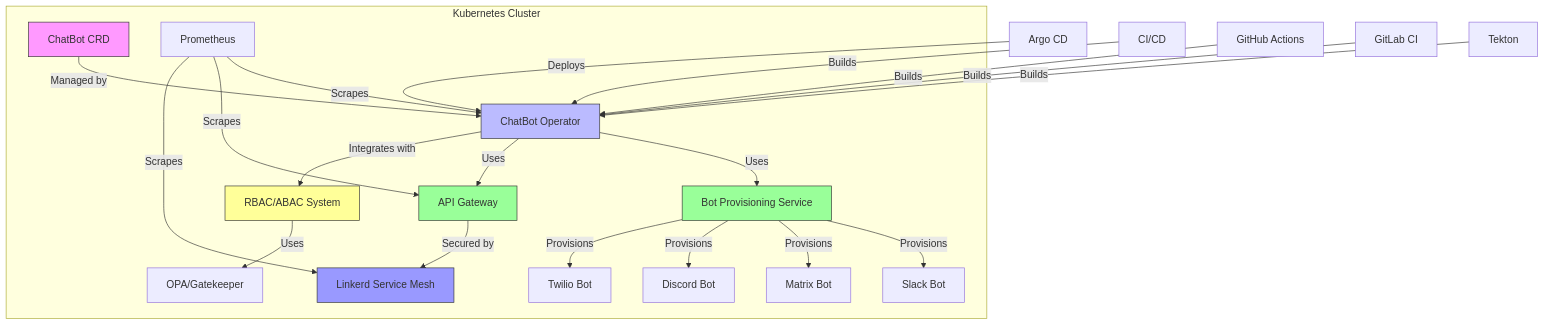
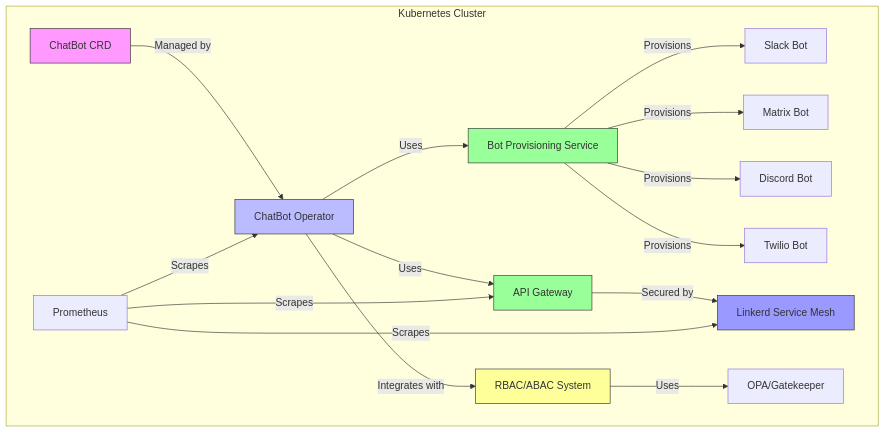
The second of 15 diagrams in docs/diagrams.md (FruityWelsh/bot-maker), drawn with Mermaid before and after one commit. The commit also changed other lines of this file, not shown here.

First line of the commit message:
Remove CI/CD system references from system context diagram

````diff
--- a/docs/diagrams.md
+++ b/docs/diagrams.md
@@ -79,34 +75,30 @@
 ```mermaid
 graph TD
     subgraph Kubernetes Cluster
         A[ChatBot CRD] -->|Managed by| B[ChatBot Operator]
         B -->|Uses| C[Bot Provisioning Service]
         B -->|Uses| D[API Gateway]
         B -->|Integrates with| E[RBAC/ABAC System]
         
         C -->|Provisions| F[Slack Bot]
         C -->|Provisions| G[Matrix Bot]
         C -->|Provisions| H[Discord Bot]
         C -->|Provisions| I[Twilio Bot]
         
         D -->|Secured by| J[Linkerd Service Mesh]
         E -->|Uses| K[OPA/Gatekeeper]
         
         L[Prometheus] -->|Scrapes| B
         L -->|Scrapes| D
         L -->|Scrapes| J
     end
     
-    M[Argo CD] -->|Deploys| B
-    N[CI/CD] -->|Builds| B
-    O[GitHub Actions] -->|Builds| B
-    P[GitLab CI] -->|Builds| B
-    Q[Tekton] -->|Builds| B
+
     
     style A fill:#f9f,stroke:#333
     style B fill:#bbf,stroke:#333
     style C fill:#9f9,stroke:#333
     style D fill:#9f9,stroke:#333
     style E fill:#ff9,stroke:#333
     style J fill:#99f,stroke:#333
 ```
````
